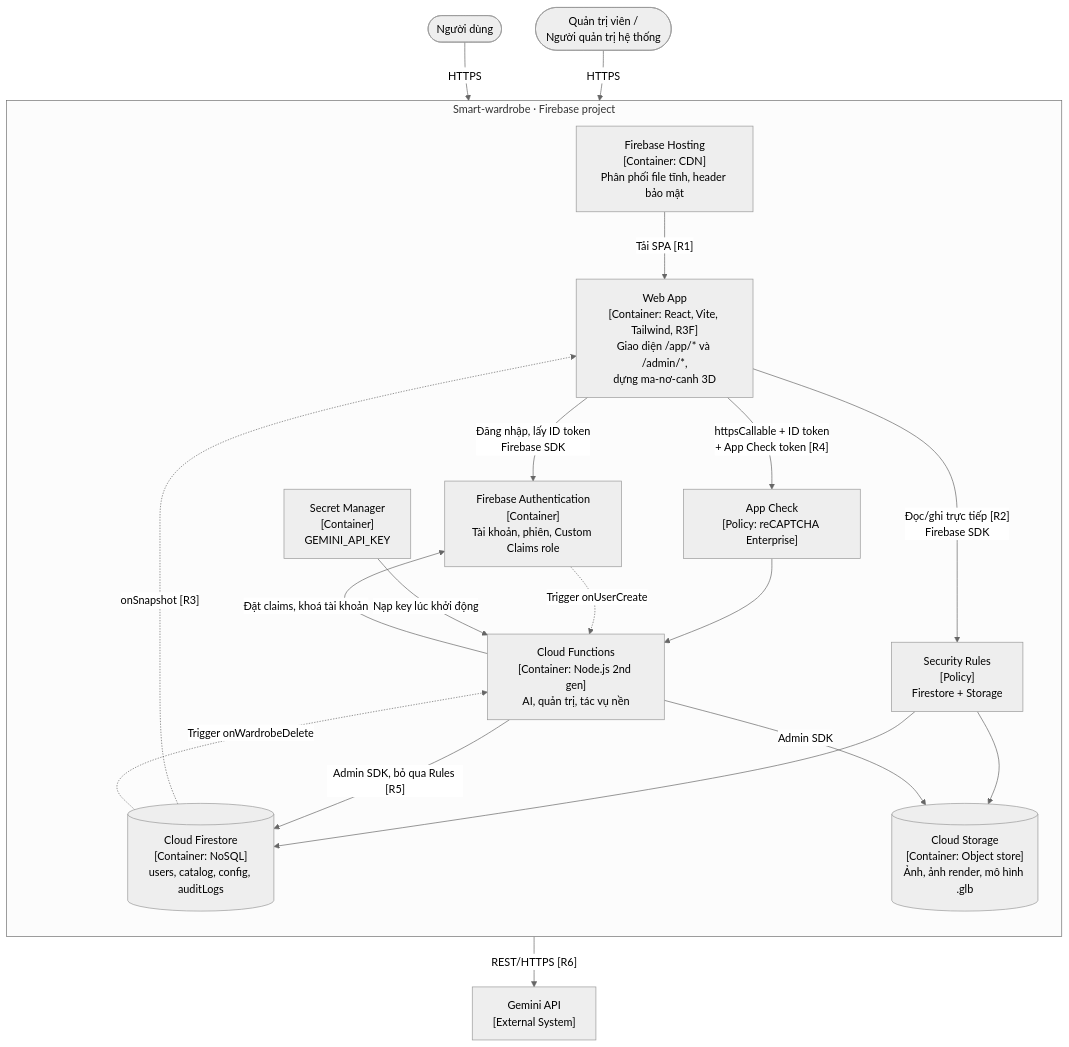
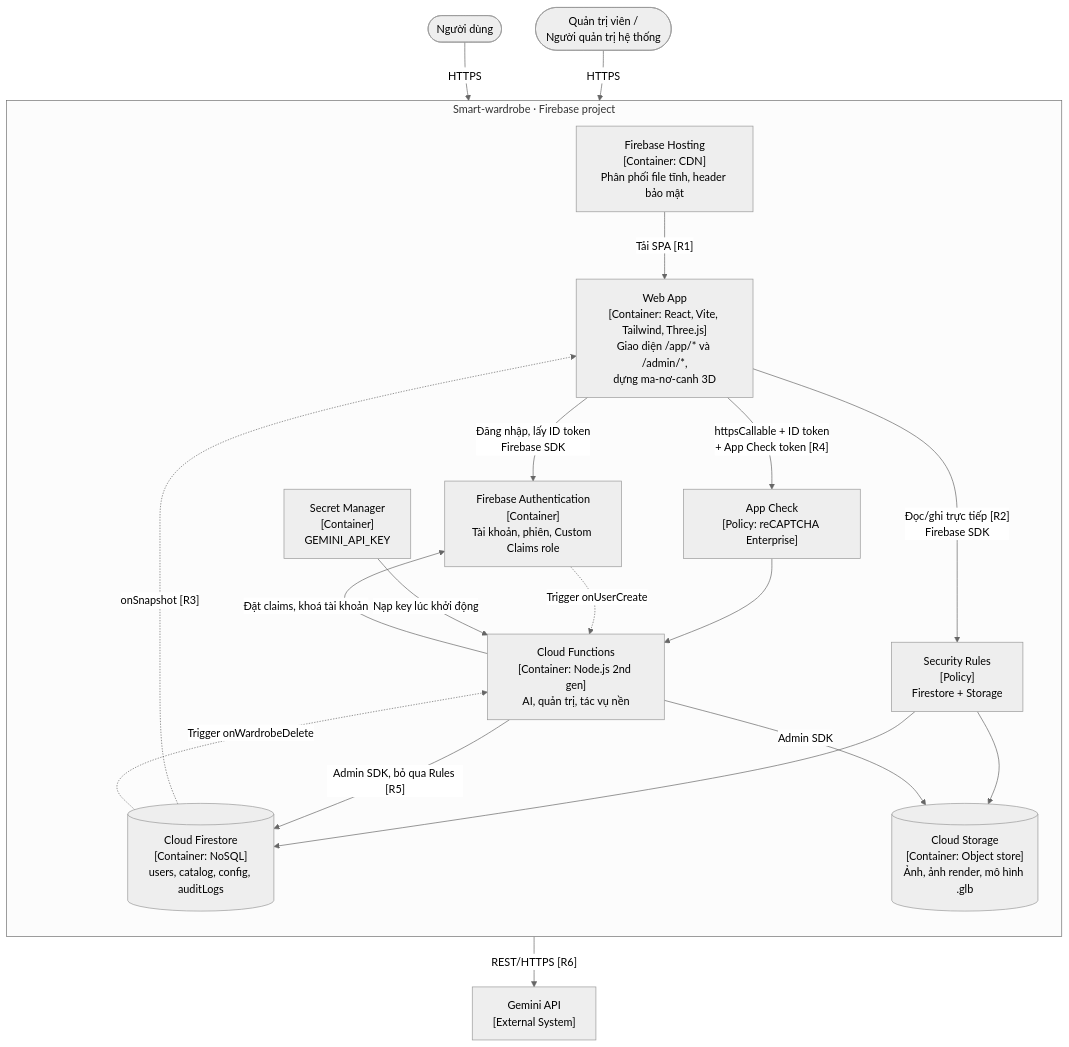
One commit to TreConTapViet/ENIAC changed the second of 12 diagrams in architecture/sodokientruc.md. Above: the diagram before and after it, drawn with Mermaid. The commit also changed other lines of this file and 15 other files, not shown here.

````diff
--- a/architecture/sodokientruc.md
+++ b/architecture/sodokientruc.md
@@ -76,39 +76,39 @@
 ```mermaid
 %%{init: {"theme": "neutral"}}%%
 flowchart TB
     U(["Người dùng"])
     AD(["Quản trị viên /<br/>Người quản trị hệ thống"])
 
     subgraph SW["Smart-wardrobe · Firebase project"]
         direction TB
-        SPA["Web App<br/>[Container: React, Vite, Tailwind, R3F]<br/>Giao diện /app/* và /admin/*,<br/>dựng ma-nơ-canh 3D"]
+        SPA["Web App<br/>[Container: React, Vite, Tailwind, Three.js]<br/>Giao diện /app/* và /admin/*,<br/>dựng ma-nơ-canh 3D"]
         HOST["Firebase Hosting<br/>[Container: CDN]<br/>Phân phối file tĩnh, header bảo mật"]
         AUTH["Firebase Authentication<br/>[Container]<br/>Tài khoản, phiên, Custom Claims role"]
         FS[("Cloud Firestore<br/>[Container: NoSQL]<br/>users, catalog, config, auditLogs")]
         ST[("Cloud Storage<br/>[Container: Object store]<br/>Ảnh, ảnh render, mô hình .glb")]
         FN["Cloud Functions<br/>[Container: Node.js 2nd gen]<br/>AI, quản trị, tác vụ nền"]
         RULES["Security Rules<br/>[Policy]<br/>Firestore + Storage"]
         AC["App Check<br/>[Policy: reCAPTCHA Enterprise]"]
         SEC["Secret Manager<br/>[Container]<br/>GEMINI_API_KEY"]
     end
 
     G["Gemini API<br/>[External System]"]
 
     U -- "HTTPS" --> HOST
     AD -- "HTTPS" --> HOST
     HOST -- "Tải SPA [R1]" --> SPA
     SPA -- "Đăng nhập, lấy ID token<br/>Firebase SDK" --> AUTH
     SPA -- "Đọc/ghi trực tiếp [R2]<br/>Firebase SDK" --> RULES
     RULES --> FS
     RULES --> ST
     FS -. "onSnapshot [R3]" .-> SPA
     SPA -- "httpsCallable + ID token<br/>+ App Check token [R4]" --> AC
     AC --> FN
     FN -- "Admin SDK, bỏ qua Rules [R5]" --> FS
     FN -- "Admin SDK" --> ST
     FN -- "Đặt claims, khoá tài khoản" --> AUTH
     AUTH -. "Trigger onUserCreate" .-> FN
     FS -. "Trigger onWardrobeDelete" .-> FN
     SEC -- "Nạp key lúc khởi động" --> FN
     FN -- "REST/HTTPS [R6]" --> G
 ```
````
